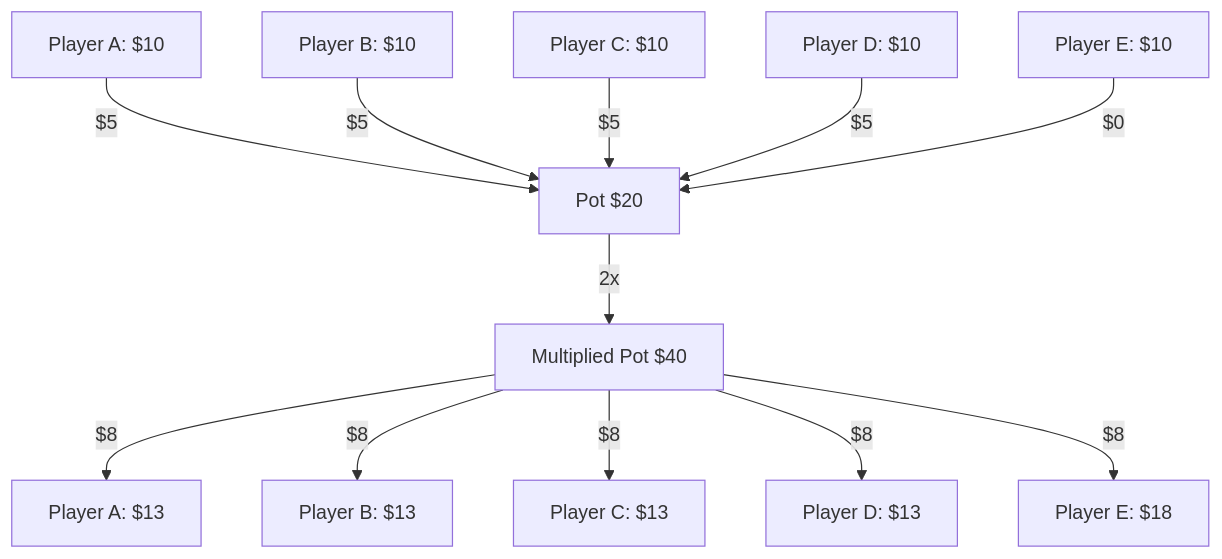
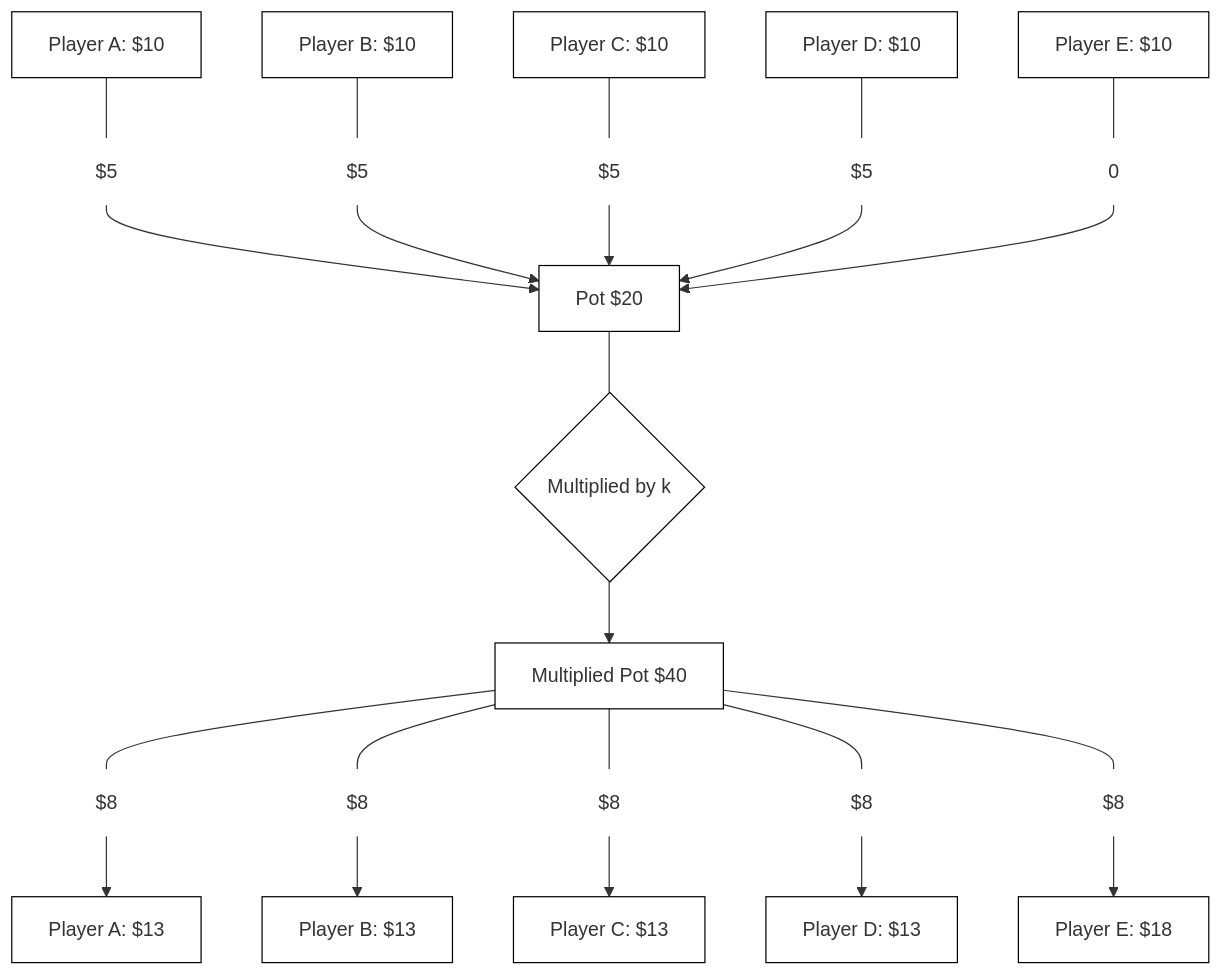
The second of 3 diagrams in game-theory/simultaneous-move-one-shot-games.qmd (jasonacollins/behaviouraleconomics), drawn with Mermaid before and after one commit. The commit also changed other lines of this file and 72 other files, not shown here.

````diff
--- a/game-theory/simultaneous-move-one-shot-games.qmd
+++ b/game-theory/simultaneous-move-one-shot-games.qmd
@@ -164,20 +174,29 @@
 ```{mermaid}
 %%| fig-width: 5
+%%| label: public-goods-game-2
+%%| fig-cap: The public goods game
+%%| mermaid-format: png
 
 graph TD
+    classDef default fill:#FFF
+    A[Player A: $10] ---F[$5] --> K[Pot $20]
+    B[Player B: $10] ---G[$5] --> K
+    C[Player C: $10] ---H[$5] --> K
+    D[Player D: $10] ---I[$5] --> K
+    E[Player E: $10] ---J[0] --> K
 
-A[Player A: $10] -->|$5| F[Pot $20]
-B[Player B: $10] -->|$5| F
-C[Player C: $10] -->|$5| F
-D[Player D: $10] -->|$5| F
-E[Player E: $10] -->|$0| F
+    K  ---L{Multiplied by k} --> M[Multiplied Pot $40]
 
-F -->|2x| G[Multiplied Pot $40]
+    M --- N[$8] -->S[Player A: $13]
+    M --- O[$8] -->T[Player B: $13]
+    M --- P[$8] -->U[Player C: $13]
+    M --- Q[$8] -->V[Player D: $13]
+    M --- R[$8] -->W[Player E: $18]
 
-G -->|$8| H[Player A: $13]
-G -->|$8| I[Player B: $13]
-G -->|$8| J[Player C: $13]
-G -->|$8| K[Player D: $13]
-G -->|$8| L[Player E: $18]
+    classDef node fill:#FFF, stroke:#000;
+    class A,B,C,D,E,S,T,U,V,W node;
+
+    classDef edge fill:#FFF, stroke:#FFF;
+    class F,G,H,I,J,N,O,P,Q,R edge;
 
 ```
````
